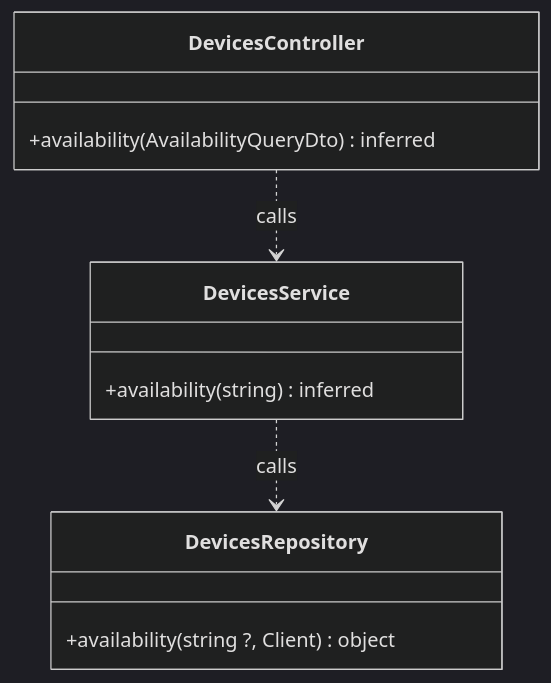
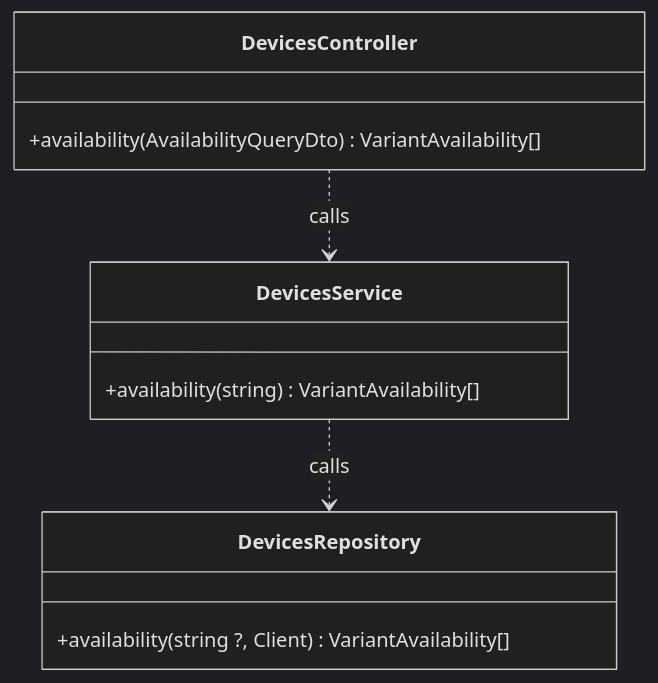
The eighth of 29 diagrams in specs/rentals/design.md (TrekLink-Team/treklink-web), drawn with Mermaid (dark theme) before and after one commit. The commit also changed other lines of this file and 2 other files, not shown here.

````diff
--- a/specs/rentals/design.md
+++ b/specs/rentals/design.md
@@ -339,15 +339,15 @@
 ```mermaid
 classDiagram
     direction TB
     class DevicesController {
-        +availability(AvailabilityQueryDto) inferred
+        +availability(AvailabilityQueryDto) VariantAvailability[]
     }
     class DevicesService {
-        +availability(string) inferred
+        +availability(string) VariantAvailability[]
     }
     class DevicesRepository {
-        +availability(string ?, Client) object
+        +availability(string ?, Client) VariantAvailability[]
     }
     DevicesController ..> DevicesService : calls
     DevicesService ..> DevicesRepository : calls
 ```
````
